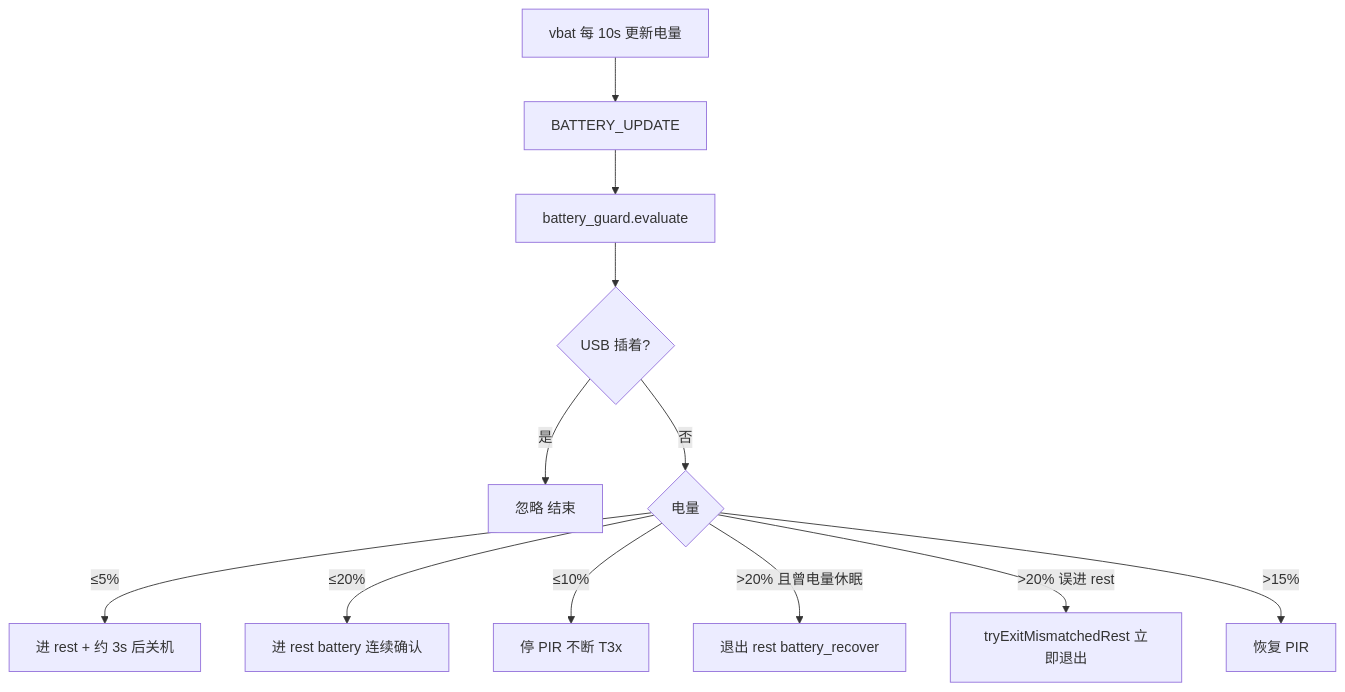
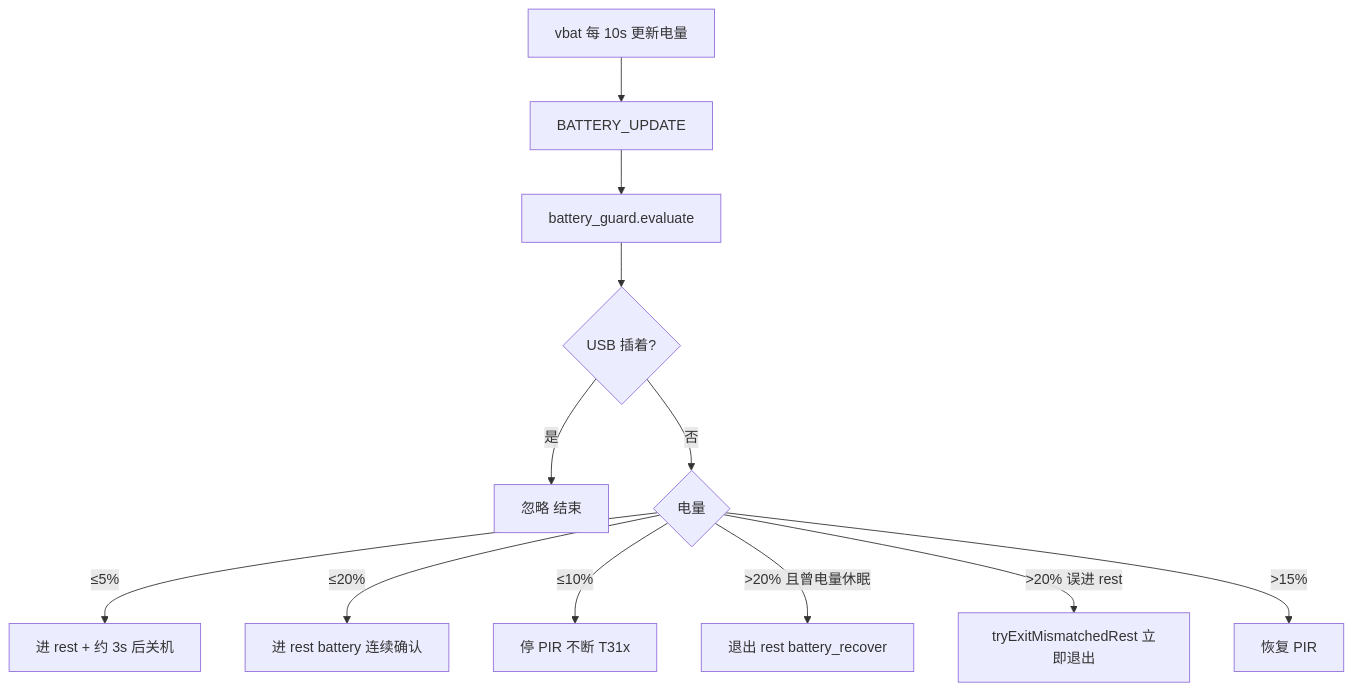
Before and after one commit to dzr1986/AIR780EHM: the fourth of 5 diagrams in doc/LOW_BATTERY_AND_LOW_POWER.md, drawn with Mermaid. The commit also changed other lines of this file and 402 other files, not shown here.

````diff
--- a/doc/LOW_BATTERY_AND_LOW_POWER.md
+++ b/doc/LOW_BATTERY_AND_LOW_POWER.md
@@ -128,14 +128,14 @@
 ```mermaid
 flowchart TD
     A[vbat 每 10s 更新电量] --> B[BATTERY_UPDATE]
     B --> C[battery_guard.evaluate]
     C --> D{USB 插着?}
     D -->|是| Z[忽略 结束]
     D -->|否| E{电量}
     E -->|≤5%| F[进 rest + 约 3s 后关机]
     E -->|≤20%| G[进 rest battery 连续确认]
-    E -->|≤10%| H[停 PIR 不断 T3x]
+    E -->|≤10%| H[停 PIR 不断 T31x]
     E -->|>20% 且曾电量休眠| I[退出 rest battery_recover]
     E -->|>20% 误进 rest| I2[tryExitMismatchedRest 立即退出]
     E -->|>15%| J[恢复 PIR]
 ```
````
